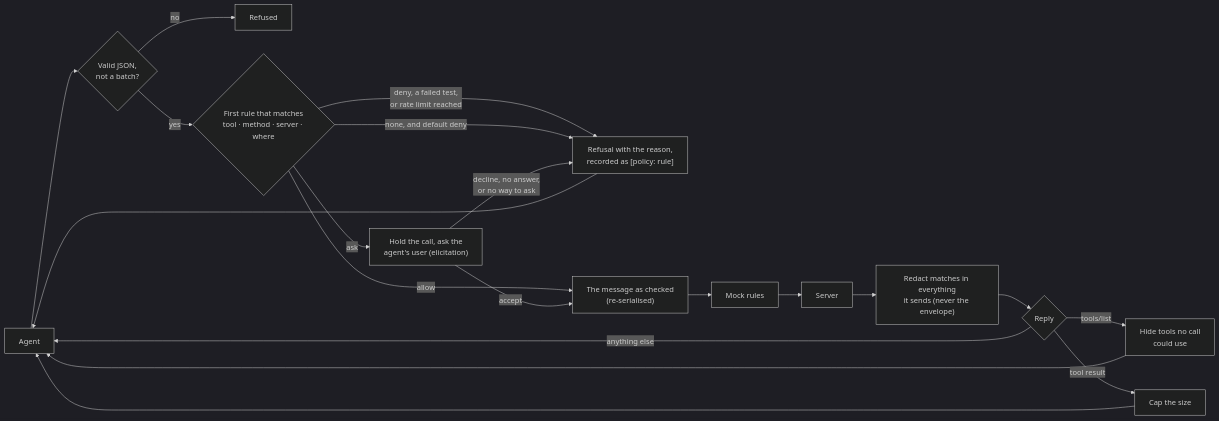
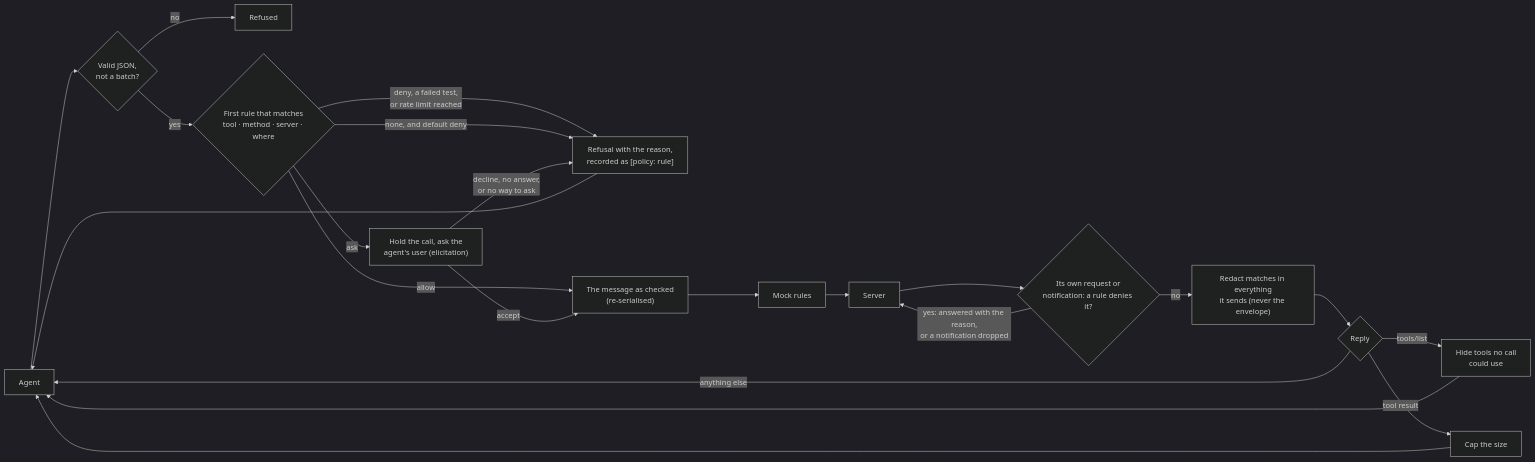
One commit to Jarryd-W-Hoffman/mcp-spy changed the third of 9 diagrams in README.md. Above: the diagram before and after it, drawn with Mermaid (dark theme). The commit also changed other lines of this file and 8 other files, not shown here.

````diff
--- a/README.md
+++ b/README.md
@@ -362,17 +362,19 @@
 ```mermaid
 flowchart LR
     A["Agent"] --> J{"Valid JSON,<br/>not a batch?"}
     J -->|no| X["Refused"]
     J -->|yes| R{"First rule that matches<br/>tool · method · server · where"}
     R -->|"deny, a failed test,<br/>or rate limit reached"| D["Refusal with the reason,<br/>recorded as [policy: rule]"]
     R -->|"none, and default deny"| D
     R -->|allow| F["The message as checked<br/>(re-serialised)"] --> M["Mock rules"] --> S["Server"]
     R -->|ask| Q["Hold the call, ask the<br/>agent's user (elicitation)"]
     Q -->|accept| F
     Q -->|"decline, no answer,<br/>or no way to ask"| D
-    S --> W["Redact matches in everything<br/>it sends (never the envelope)"] --> L{"Reply"}
+    S --> K{"Its own request or<br/>notification: a rule denies it?"}
+    K -->|"yes: answered with the reason,<br/>or a notification dropped"| S
+    K -->|no| W["Redact matches in everything<br/>it sends (never the envelope)"] --> L{"Reply"}
     L -->|tools/list| H["Hide tools no call<br/>could use"] --> A
     L -->|tool result| C["Cap the size"] --> A
     L -->|"anything else"| A
     D --> A
 ```
````
